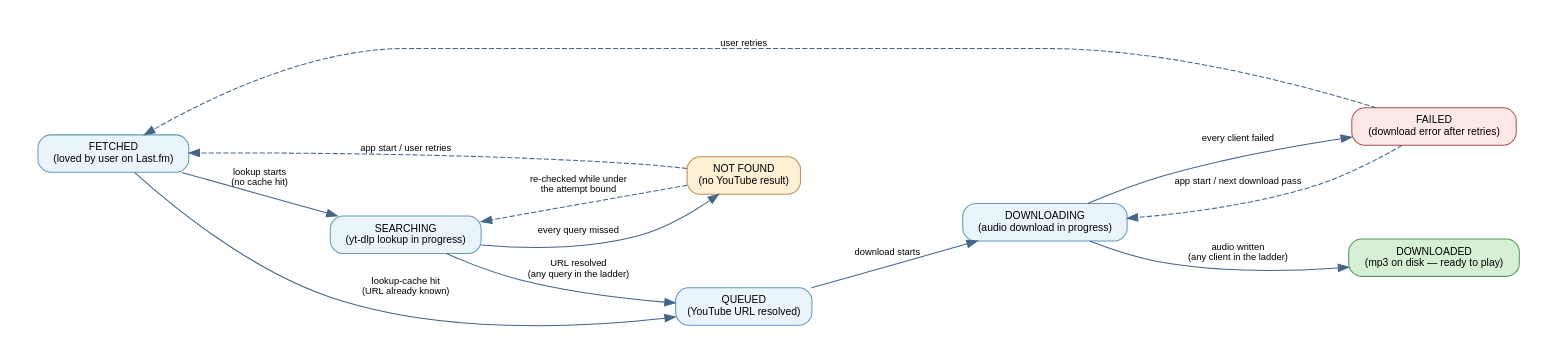
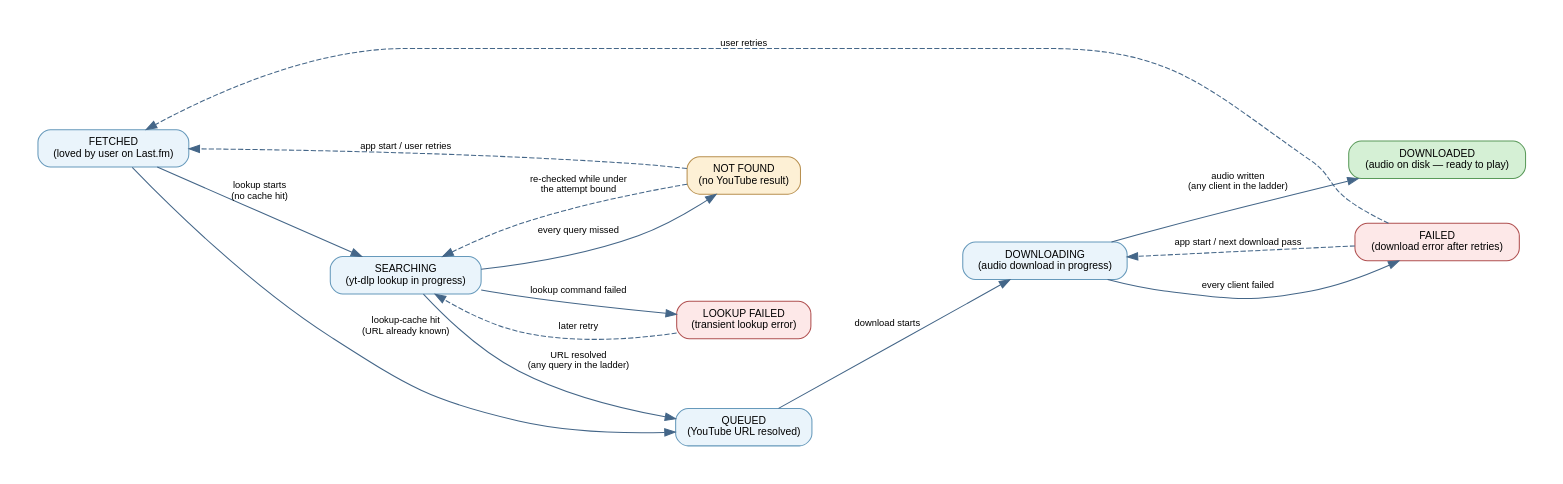
The fourth of 5 diagrams in docs/architecture.rst (marcelpetrick/myLastFmPlayer), drawn with Graphviz before and after one commit. The commit also changed other lines of this file and 24 other files, not shown here.

First line of the commit message:
docs(product): present maintained release and current architecture (v0.0.165)

```diff
--- a/docs/architecture.rst
+++ b/docs/architecture.rst
@@ -230,33 +234,37 @@
 .. graphviz::
    :caption: Track state machine
 
    digraph track_states {
        graph [rankdir=LR, pad=0.4, nodesep=0.6, ranksep=1.0];
        node [shape=box, style="rounded,filled", fontname="Helvetica", fontsize=10,
              fillcolor="#eaf4fb", color="#6699bb"];
        edge [fontname="Helvetica", fontsize=9, color="#446688"];
 
        FETCHED     [label="FETCHED\n(loved by user on Last.fm)"];
        SEARCHING   [label="SEARCHING\n(yt-dlp lookup in progress)"];
+       LOOKUP_FAILED [label="LOOKUP FAILED\n(transient lookup error)",
+                      fillcolor="#fde8e8", color="#b05050"];
        QUEUED      [label="QUEUED\n(YouTube URL resolved)"];
        DOWNLOADING [label="DOWNLOADING\n(audio download in progress)"];
-       DOWNLOADED  [label="DOWNLOADED\n(mp3 on disk — ready to play)",
+       DOWNLOADED  [label="DOWNLOADED\n(audio on disk — ready to play)",
                     fillcolor="#d5f0d5", color="#5a9a5a"];
        NOT_FOUND   [label="NOT FOUND\n(no YouTube result)",
                     fillcolor="#fdf0d5", color="#b89050"];
        FAILED      [label="FAILED\n(download error after retries)",
                     fillcolor="#fde8e8", color="#b05050"];
 
        FETCHED     -> SEARCHING   [label="lookup starts\n(no cache hit)"];
        FETCHED     -> QUEUED      [label="lookup-cache hit\n(URL already known)"];
        SEARCHING   -> QUEUED      [label="URL resolved\n(any query in the ladder)"];
+       SEARCHING   -> LOOKUP_FAILED [label="lookup command failed"];
        SEARCHING   -> NOT_FOUND   [label="every query missed"];
+       LOOKUP_FAILED -> SEARCHING [label="later retry", style=dashed];
        QUEUED      -> DOWNLOADING [label="download starts"];
        DOWNLOADING -> DOWNLOADED  [label="audio written\n(any client in the ladder)"];
        DOWNLOADING -> FAILED      [label="every client failed"];
        NOT_FOUND   -> SEARCHING   [label="re-checked while under\nthe attempt bound",
                                    style=dashed];
        NOT_FOUND   -> FETCHED     [label="app start / user retries", style=dashed];
        FAILED      -> DOWNLOADING [label="app start / next download pass", style=dashed];
        FAILED      -> FETCHED     [label="user retries", style=dashed];
    }
```
